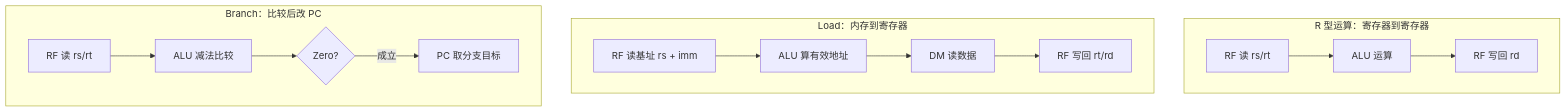
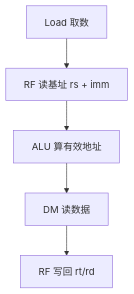
Before and after one commit to SummerS-tars/jizu-course-guides: the second of 7 diagrams in guides/计组-课件05-学习指南.md, drawn with Mermaid. The commit also changed other lines of this file, not shown here.

Commit message:
docs(计组): 调整课件05数据流图纵向布局

````diff
--- a/guides/计组-课件05-学习指南.md
+++ b/guides/计组-课件05-学习指南.md
@@ -111,17 +118,7 @@
 ```mermaid
 flowchart TB
-  subgraph R型["R 型运算：寄存器到寄存器"]
-    R1["RF 读 rs/rt"] --> ALU1["ALU 运算"]
-    ALU1 --> WB1["RF 写回 rd"]
-  end
-  subgraph Load["Load：内存到寄存器"]
-    L1["RF 读基址 rs + imm"] --> ALU2["ALU 算有效地址"]
-    ALU2 --> DM["DM 读数据"]
-    DM --> WB2["RF 写回 rt/rd"]
-  end
-  subgraph Branch["Branch：比较后改 PC"]
-    B1["RF 读 rs/rt"] --> ALU3["ALU 减法比较"]
-    ALU3 --> Z{"Zero?"}
-    Z -->|成立| PC["PC 取分支目标"]
-  end
+  L0["Load 取数"] --> L1["RF 读基址 rs + imm"]
+  L1 --> ALU2["ALU 算有效地址"]
+  ALU2 --> DM["DM 读数据"]
+  DM --> WB2["RF 写回 rt/rd"]
 ```
````
